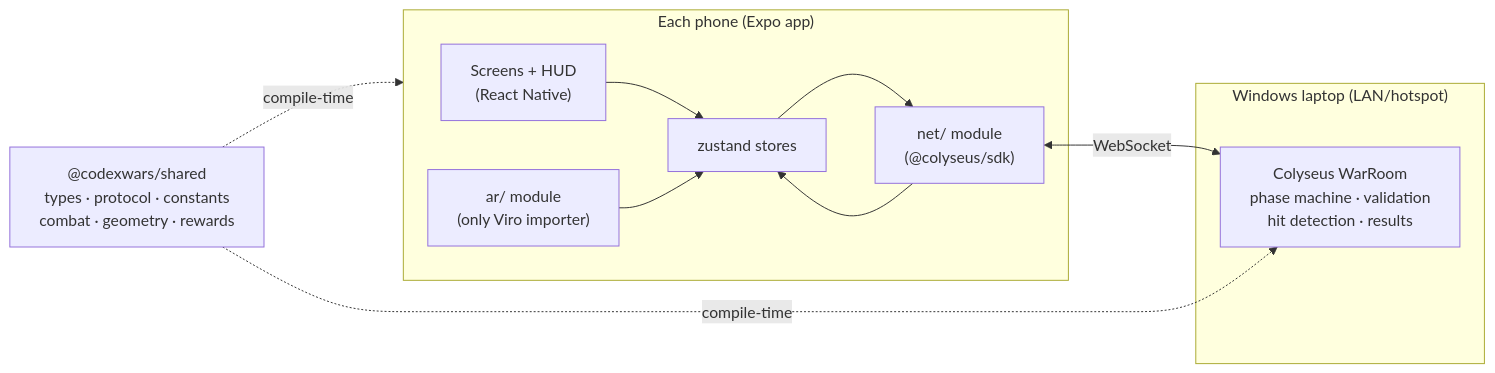
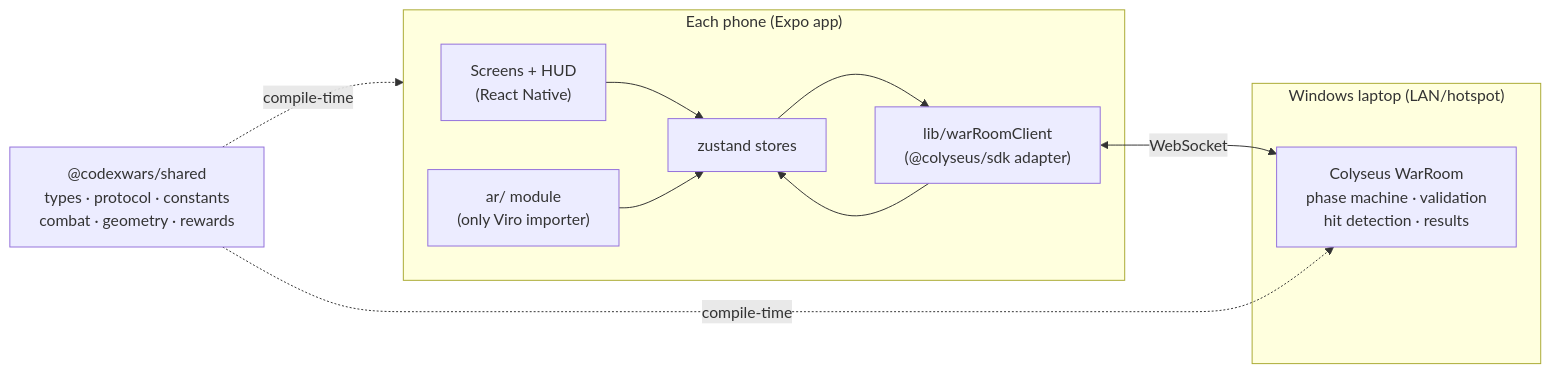
The diagram in BUILD_SPEC.md (Vaibtan/CodexWars), drawn with Mermaid before and after one commit. The commit also changed other lines of this file and 14 other files, not shown here.

Commit message:
docs: harden P0 architecture and align scaffold

````diff
--- a/BUILD_SPEC.md
+++ b/BUILD_SPEC.md
@@ -152,23 +155,23 @@
 ```mermaid
 flowchart LR
     subgraph Phone["Each phone (Expo app)"]
         SCREENS["Screens + HUD<br/>(React Native)"]
         STORE["zustand stores"]
         ARM["ar/ module<br/>(only Viro importer)"]
-        NETC["net/ module<br/>(@colyseus/sdk)"]
+        NETC["lib/warRoomClient<br/>(@colyseus/sdk adapter)"]
         SCREENS --> STORE
         ARM --> STORE
         STORE --> NETC
         NETC --> STORE
     end
 
     subgraph Laptop["Windows laptop (LAN/hotspot)"]
         SRV["Colyseus WarRoom<br/>phase machine · validation<br/>hit detection · results"]
     end
 
     SHARED["@codexwars/shared<br/>types · protocol · constants<br/>combat · geometry · rewards"]
 
     NETC <-->|"WebSocket"| SRV
     SHARED -.compile-time.-> Phone
     SHARED -.compile-time.-> SRV
 ```
````
